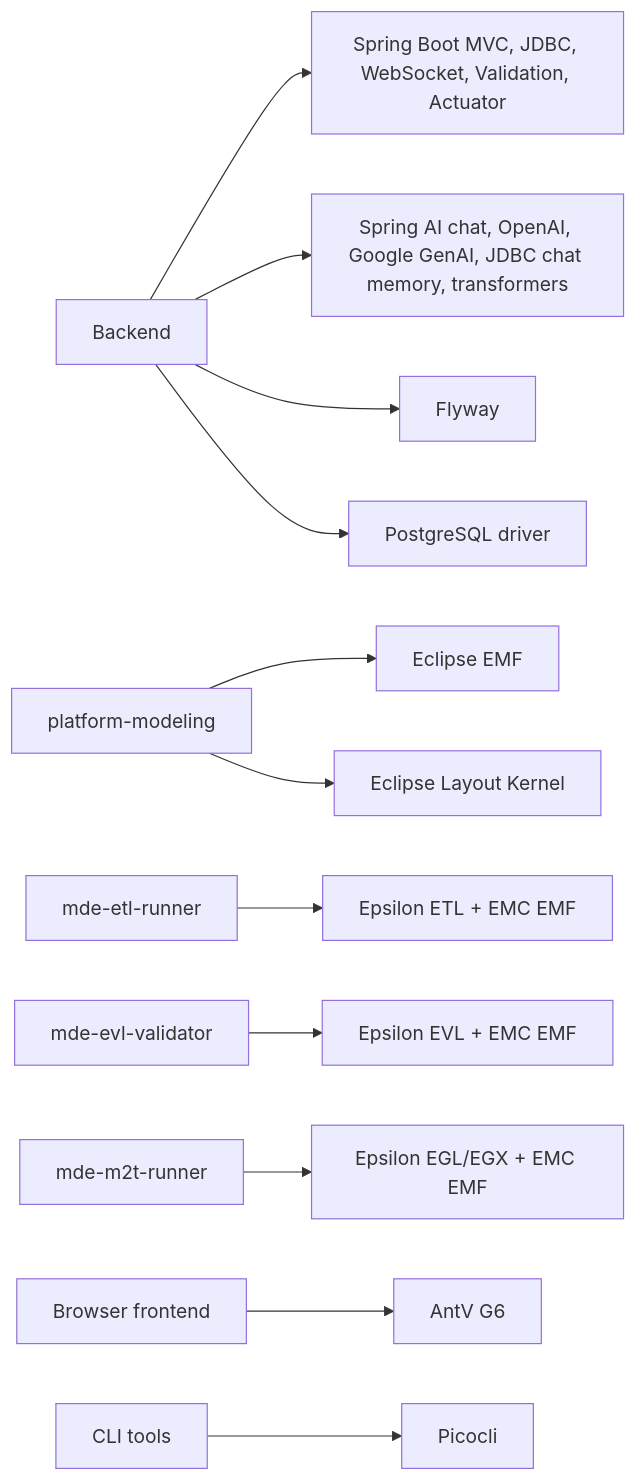
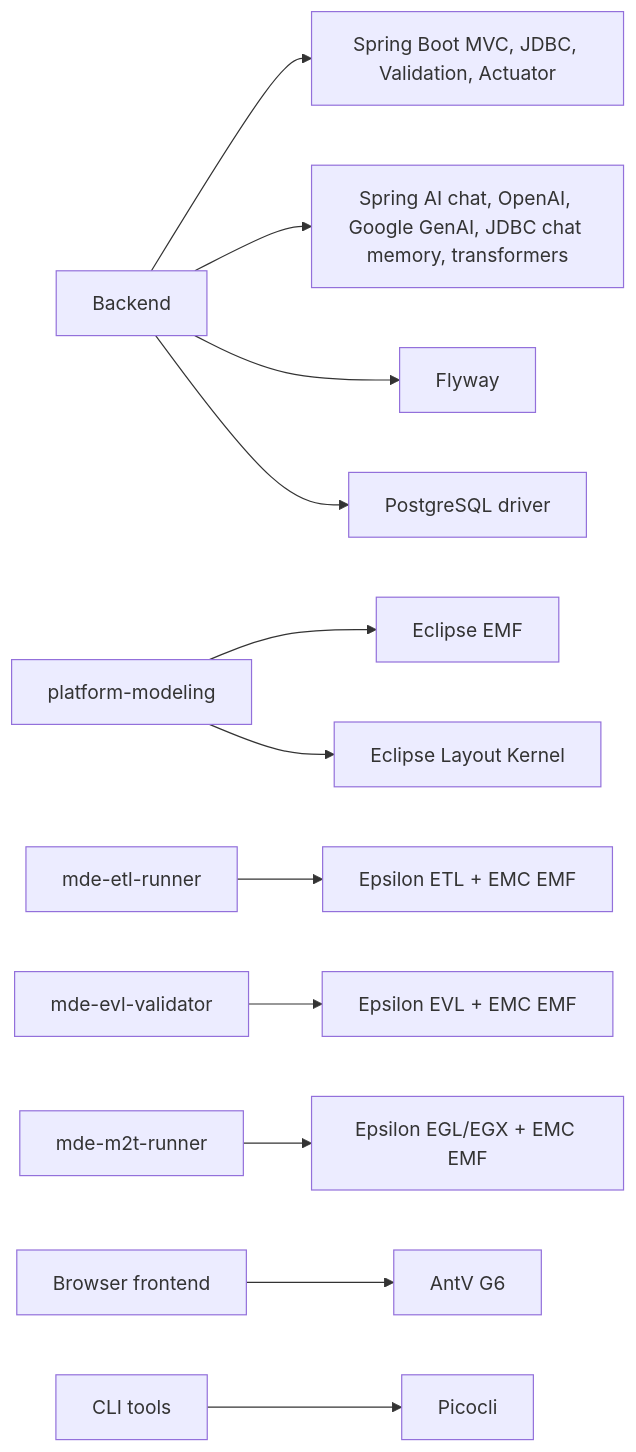
The second of 3 diagrams in docs/diagrams/05-module-dependencies.md (mehdieidi/modriss), drawn with Mermaid before and after one commit. The commit also changed 37 other files, not shown here.

````diff
--- a/docs/diagrams/05-module-dependencies.md
+++ b/docs/diagrams/05-module-dependencies.md
@@ -71,15 +71,15 @@
 ```mermaid
 flowchart LR
-    backend["Backend"] --> spring["Spring Boot MVC, JDBC, WebSocket, Validation, Actuator"]
+    backend["Backend"] --> spring["Spring Boot MVC, JDBC, Validation, Actuator"]
     backend --> springai["Spring AI chat, OpenAI, Google GenAI, JDBC chat memory, transformers"]
     backend --> flyway["Flyway"]
     backend --> pg["PostgreSQL driver"]
 
     modeling["platform-modeling"] --> emf["Eclipse EMF"]
     modeling --> elk["Eclipse Layout Kernel"]
     etl["mde-etl-runner"] --> epsilonEtl["Epsilon ETL + EMC EMF"]
     evl["mde-evl-validator"] --> epsilonEvl["Epsilon EVL + EMC EMF"]
     m2t["mde-m2t-runner"] --> epsilonEgl["Epsilon EGL/EGX + EMC EMF"]
     frontend["Browser frontend"] --> g6["AntV G6"]
     tools["CLI tools"] --> picocli["Picocli"]
 ```
````
